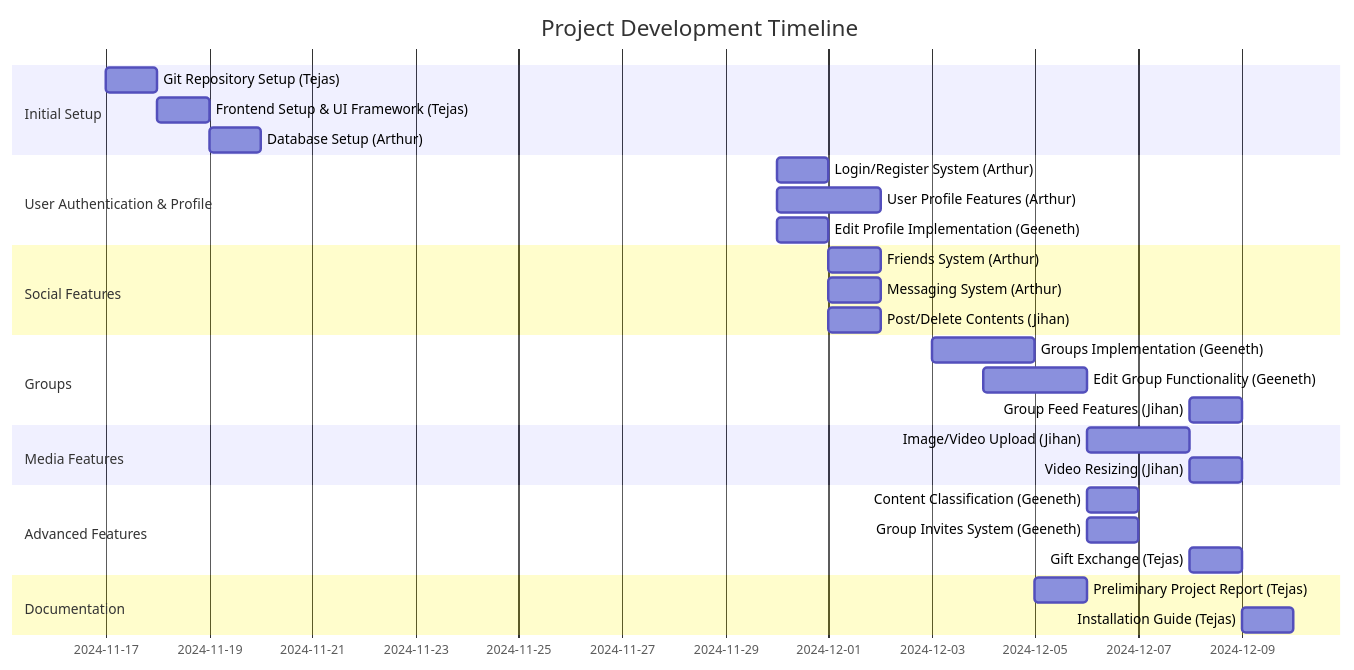
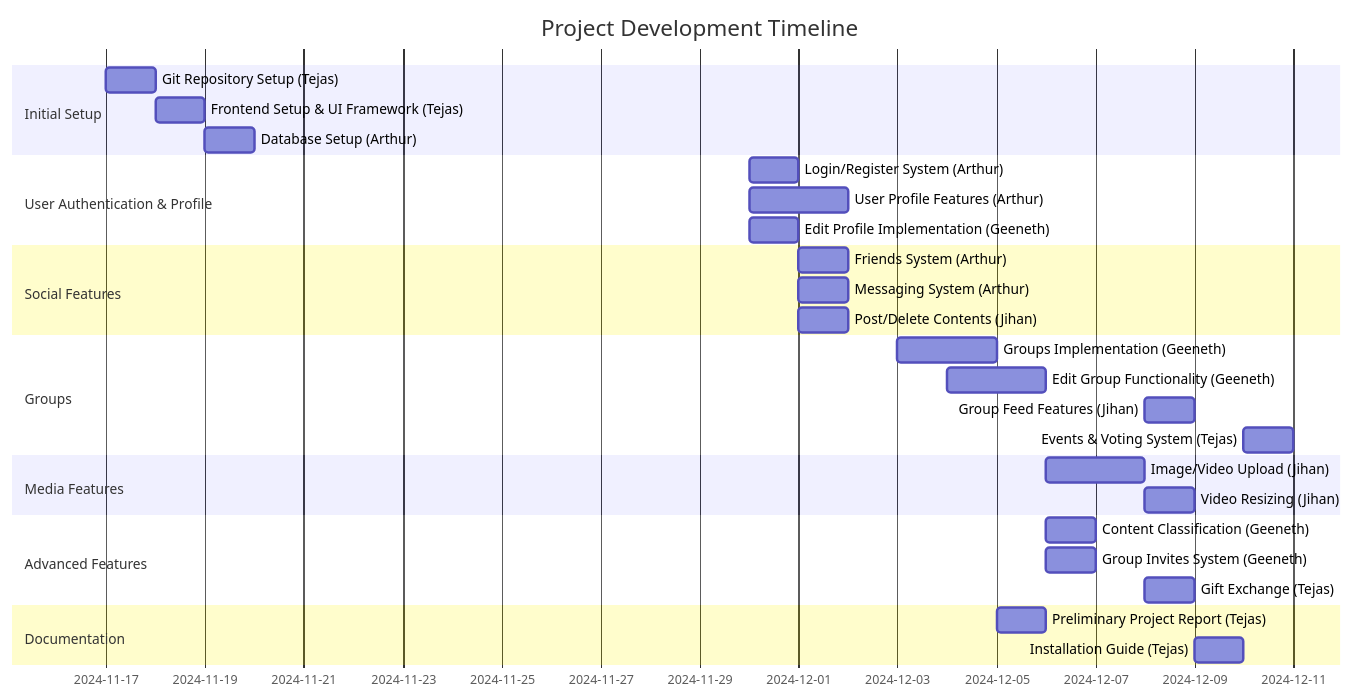
Before and after one commit to g-tejas/comp353-grp7-final-project: the diagram in project_timeline.md, drawn with Mermaid. The commit also changed 1 other file, not shown here.

Commit message:
feat: update contributions and gantt

````diff
--- a/project_timeline.md
+++ b/project_timeline.md
@@ -3,38 +3,39 @@
 ```mermaid
 gantt
     title Project Development Timeline
     dateFormat YYYY-MM-DD
     
     section Initial Setup
     Git Repository Setup (Tejas)          :2024-11-17, 1d
     Frontend Setup & UI Framework (Tejas)  :2024-11-18, 1d
     Database Setup (Arthur)                :2024-11-19, 1d
     
     section User Authentication & Profile
     Login/Register System (Arthur)         :2024-11-30, 1d
     User Profile Features (Arthur)         :2024-11-30, 2d
     Edit Profile Implementation (Geeneth)  :2024-11-30, 1d
     
     section Social Features
     Friends System (Arthur)                :2024-12-01, 1d
     Messaging System (Arthur)              :2024-12-01, 1d
     Post/Delete Contents (Jihan)          :2024-12-01, 1d
     
     section Groups
     Groups Implementation (Geeneth)        :2024-12-03, 2d
     Edit Group Functionality (Geeneth)     :2024-12-04, 2d
     Group Feed Features (Jihan)            :2024-12-08, 1d
+    Events & Voting System (Tejas)         :2024-12-10, 1d
     
     section Media Features
     Image/Video Upload (Jihan)            :2024-12-06, 2d
     Video Resizing (Jihan)                :2024-12-08, 1d
     
     section Advanced Features
     Content Classification (Geeneth)       :2024-12-06, 1d
     Group Invites System (Geeneth)        :2024-12-06, 1d
     Gift Exchange (Tejas)                 :2024-12-08, 1d
     
     section Documentation
     Preliminary Project Report (Tejas)    :2024-12-05, 1d
     Installation Guide (Tejas)            :2024-12-09, 1d
 ```
````
